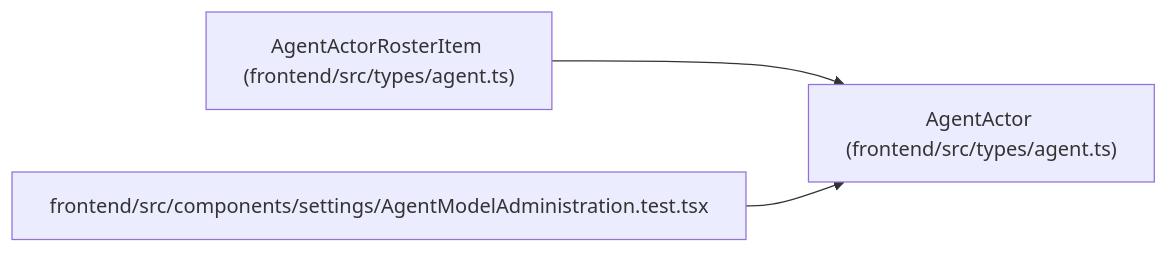
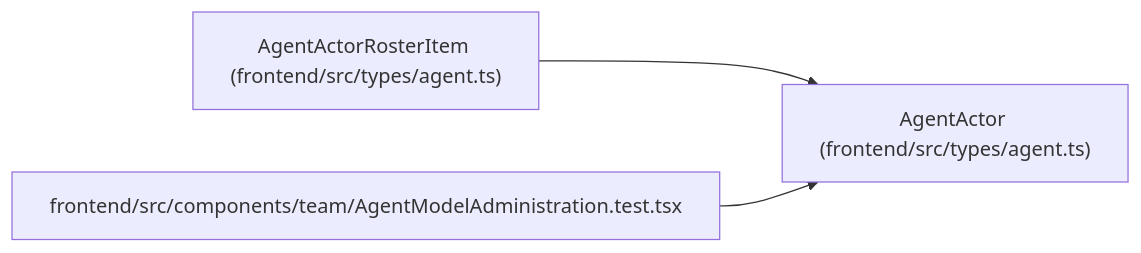
One commit to Denissvgn/WorkChord changed the diagram in docs/llm_wiki/entities/types_agent_AgentActor.md. Above: the diagram before and after it, drawn with Mermaid. The commit also changed 2373 other files, not shown here.

````diff
--- a/docs/llm_wiki/entities/types_agent_AgentActor.md
+++ b/docs/llm_wiki/entities/types_agent_AgentActor.md
@@ -37,11 +37,11 @@
 ```mermaid
 flowchart LR
     n0["AgentActor (frontend/src/types/agent.ts)"]
     n1["AgentActorRosterItem (frontend/src/types/agent.ts)"]
-    n2["frontend/src/components/settings/AgentModelAdministration.test.tsx"]
+    n2["frontend/src/components/team/AgentModelAdministration.test.tsx"]
     n1 --> n0
     n2 --> n0
     click n0 "../modules/types_agent.md"
     click n1 "../modules/types_agent.md"
     click n2 "../modules/AgentModelAdministration.test.md"
 ```
````
